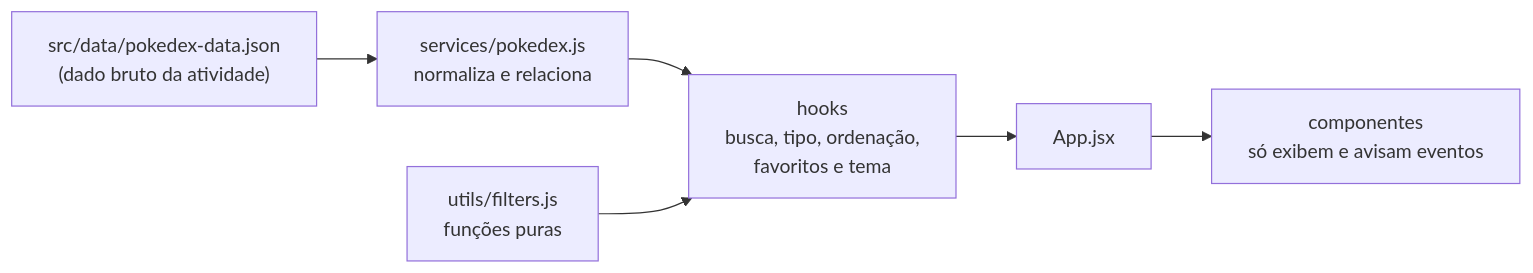
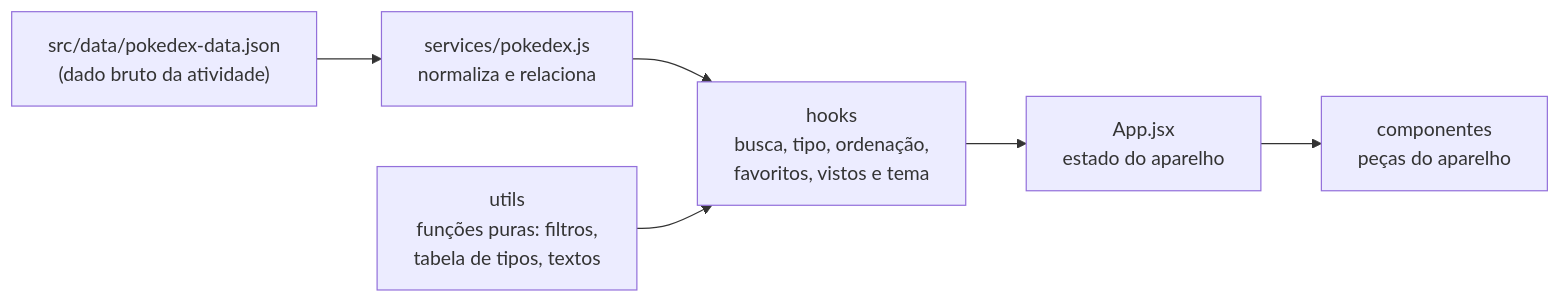
Before and after one commit to thevictorcandido/pokedex-diaw: the diagram in README.md, drawn with Mermaid. The commit also changed other lines of this file and 9 other files, not shown here.

````diff
--- a/README.md
+++ b/README.md
@@ -102,8 +127,8 @@
 ```mermaid
 flowchart LR
     JSON["src/data/pokedex-data.json<br/>(dado bruto da atividade)"] --> S["services/pokedex.js<br/>normaliza e relaciona"]
-    S --> H["hooks<br/>busca, tipo, ordenação,<br/>favoritos e tema"]
-    U["utils/filters.js<br/>funções puras"] --> H
-    H --> A["App.jsx"]
-    A --> C["componentes<br/>só exibem e avisam eventos"]
+    S --> H["hooks<br/>busca, tipo, ordenação,<br/>favoritos, vistos e tema"]
+    U["utils<br/>funções puras: filtros,<br/>tabela de tipos, textos"] --> H
+    H --> A["App.jsx<br/>estado do aparelho"]
+    A --> C["componentes<br/>peças do aparelho"]
 ```
````
